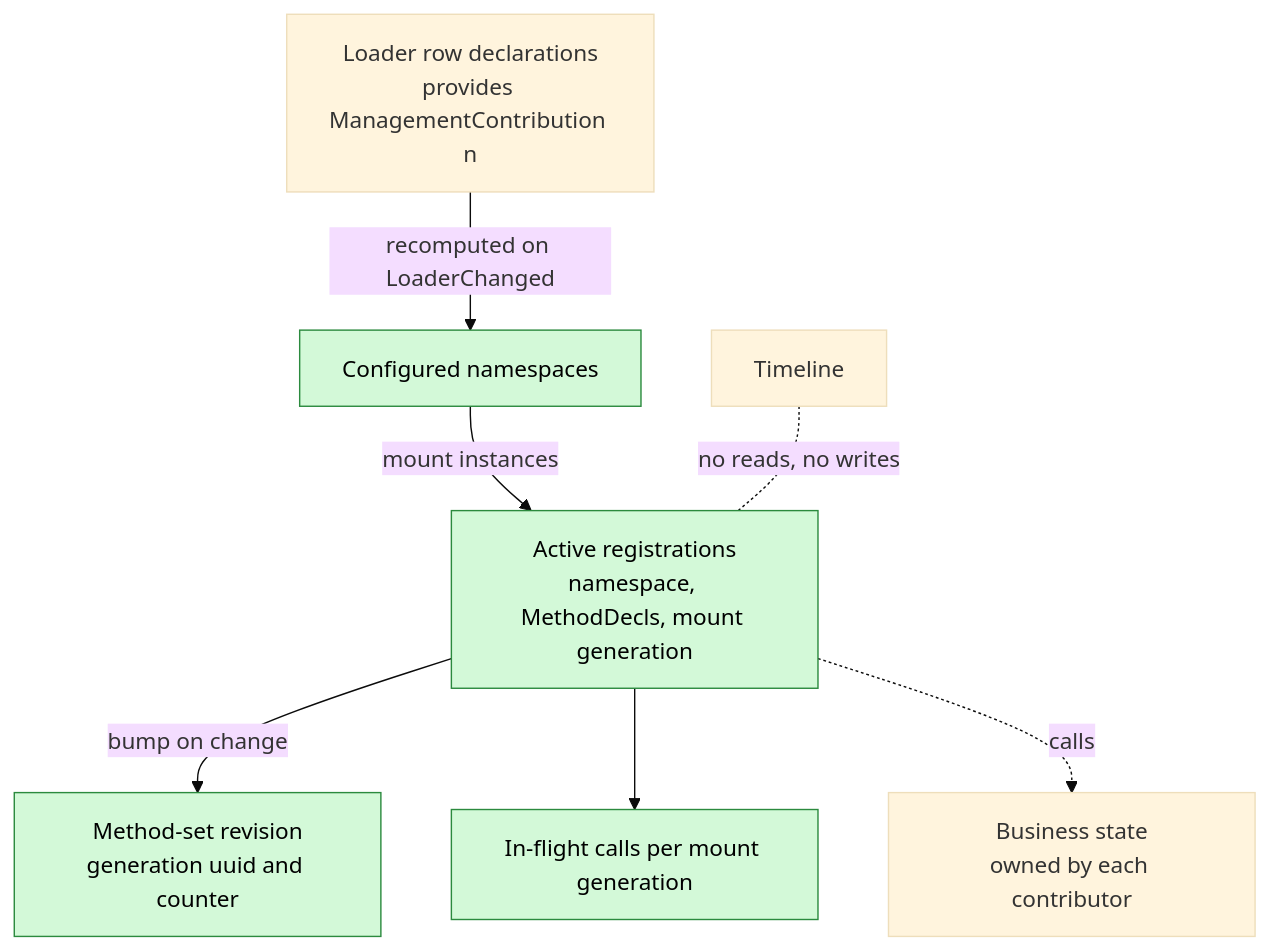
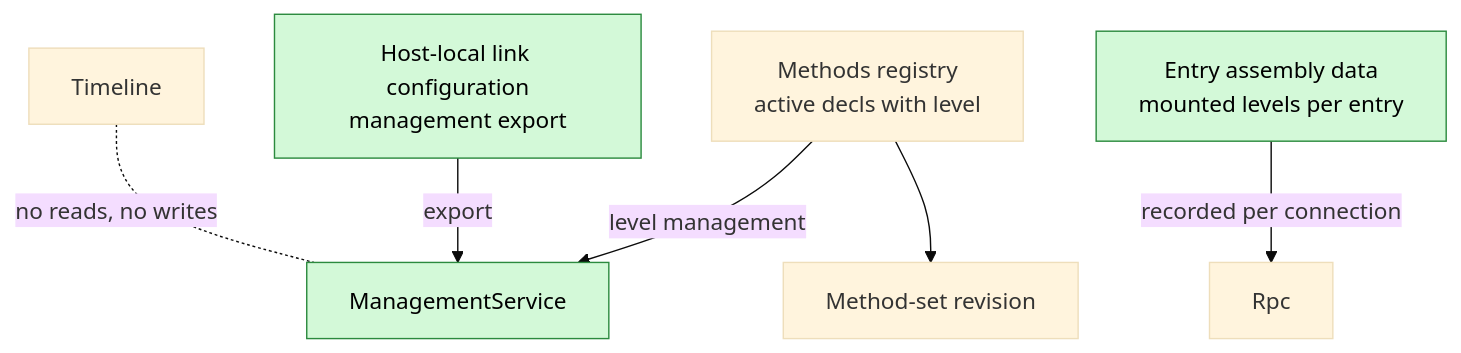
Before and after one commit to CoutinhoTTS/dim-agent: the second of 5 diagrams in docs/design/plugins/Management.md, drawn with Mermaid (base theme). The commit also changed other lines of this file and 3 other files, not shown here.

````diff
--- a/docs/design/plugins/Management.md
+++ b/docs/design/plugins/Management.md
@@ -51,17 +45,14 @@
 ```mermaid
 flowchart TB
-  DECL["Loader row declarations<br/>provides ManagementContribution n"]
-  CFG["Configured namespaces"]:::new
-  ACT["Active registrations<br/>namespace, MethodDecls, mount generation"]:::new
-  REV["Method-set revision<br/>generation uuid and counter"]:::new
-  INF["In-flight calls per mount generation"]:::new
-  BIZ["Business state<br/>owned by each contributor"]
+  REG["Methods registry<br/>active decls with level"]
+  ENT["Entry assembly data<br/>mounted levels per entry"]:::new
+  LINK["Host-local link configuration<br/>management export"]:::new
+  REV["Method-set revision"]
   TL["Timeline"]
-  DECL -->|"recomputed on LoaderChanged"| CFG
-  CFG -->|"mount instances"| ACT
-  ACT -->|"bump on change"| REV
-  ACT --> INF
-  ACT -.->|"calls"| BIZ
-  TL -.-|"no reads, no writes"| ACT
+  REG -->|"level management"| MS["ManagementService"]:::new
+  ENT -->|"recorded per connection"| RPC["Rpc"]
+  LINK -->|"export"| MS
+  REG --> REV
+  TL -.-|"no reads, no writes"| MS
   classDef new fill:#d3f9d8,stroke:#2b8a3e,color:#000
 ```
````
